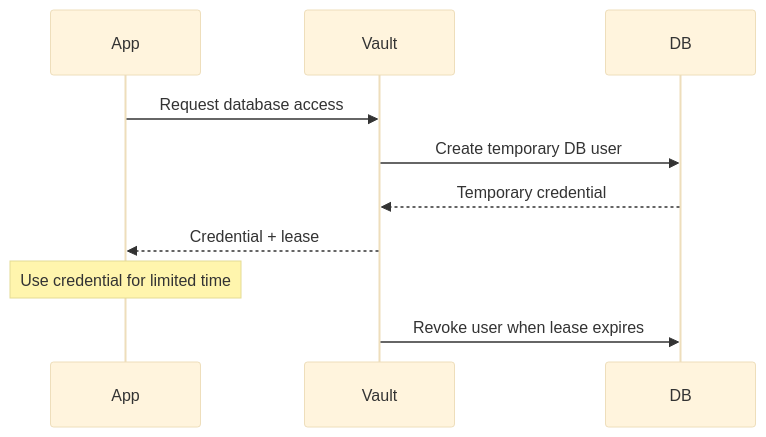
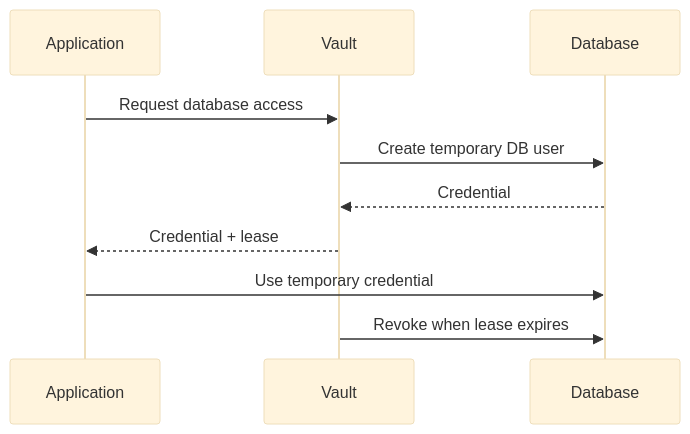
The fourth of 6 diagrams in src/content/security/secrets-management.md (AvadhBhalodiya/Interview-Preparation), drawn with Mermaid (base theme) before and after one commit. The commit also changed other lines of this file and 54 other files, not shown here.

````diff
--- a/src/content/security/secrets-management.md
+++ b/src/content/security/secrets-management.md
@@ -579,13 +361,13 @@
 ```mermaid
 sequenceDiagram
-    participant App
-    participant Vault
-    participant DB
+    participant APP as Application
+    participant VAULT as Vault
+    participant DB as Database
 
-    App->>Vault: Request database access
-    Vault->>DB: Create temporary DB user
-    DB-->>Vault: Temporary credential
-    Vault-->>App: Credential + lease
-    Note over App: Use credential for limited time
-    Vault->>DB: Revoke user when lease expires
+    APP->>VAULT: Request database access
+    VAULT->>DB: Create temporary DB user
+    DB-->>VAULT: Credential
+    VAULT-->>APP: Credential + lease
+    APP->>DB: Use temporary credential
+    VAULT->>DB: Revoke when lease expires
 ```
````
